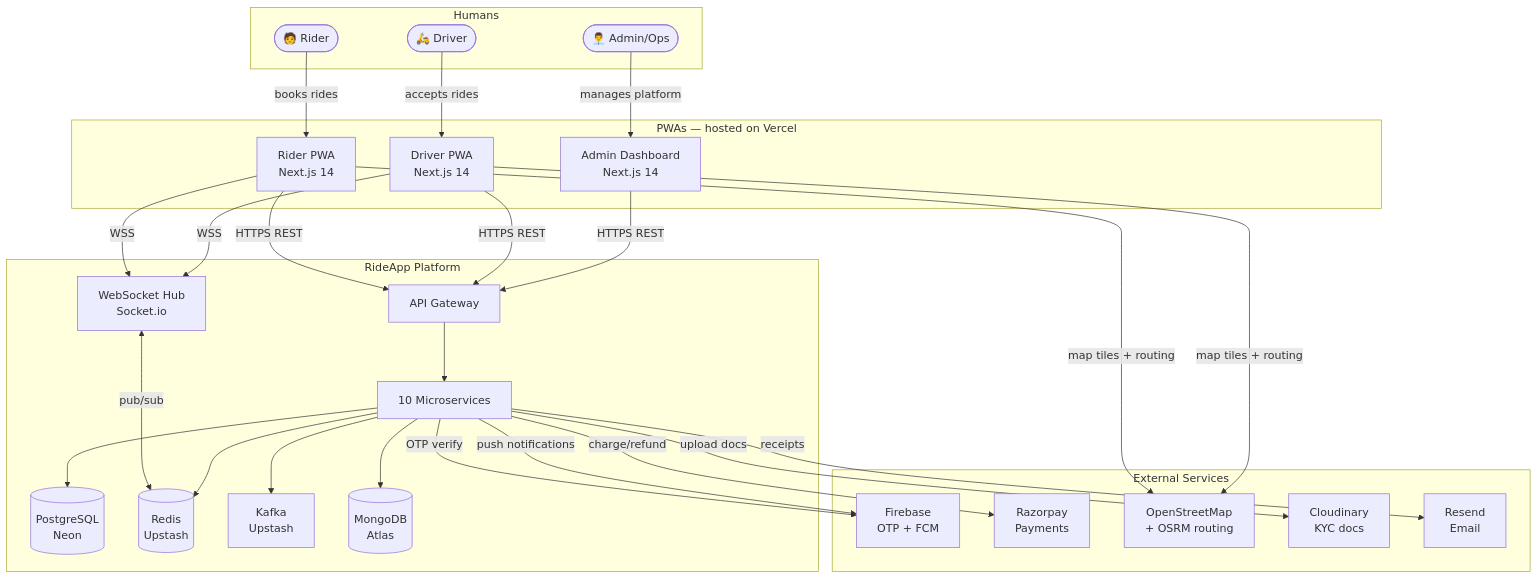
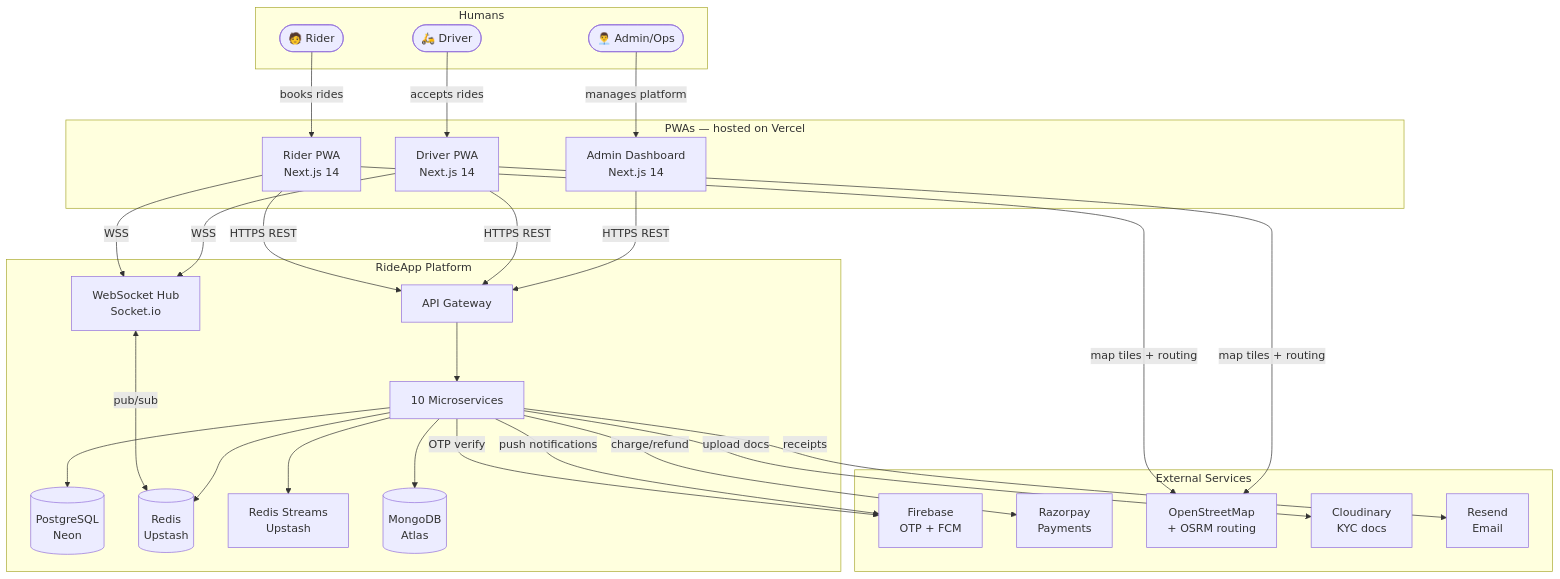
The first of 12 diagrams in ARCHITECTURE.md (abhishekc98/ride-sharing-app), drawn with Mermaid before and after one commit. The commit also changed other lines of this file and 6 other files, not shown here.

````diff
--- a/ARCHITECTURE.md
+++ b/ARCHITECTURE.md
@@ -30,50 +30,50 @@
 ```mermaid
 flowchart TB
     subgraph Humans
         R([🧑 Rider])
         D([🛵 Driver])
         A([👨‍💼 Admin/Ops])
     end
 
     subgraph PWAs["PWAs — hosted on Vercel"]
         RW[Rider PWA\nNext.js 14]
         DW[Driver PWA\nNext.js 14]
         AW[Admin Dashboard\nNext.js 14]
     end
 
     subgraph Platform["RideApp Platform"]
         GW[API Gateway]
         WS[WebSocket Hub\nSocket.io]
         SVC[10 Microservices]
         DB[(PostgreSQL\nNeon)]
         RD[(Redis\nUpstash)]
-        MQ[Kafka\nUpstash]
+        MQ[Redis Streams\nUpstash]
         MDB[(MongoDB\nAtlas)]
     end
 
     subgraph External["External Services"]
         FB[Firebase\nOTP + FCM]
         RP[Razorpay\nPayments]
         OSM[OpenStreetMap\n+ OSRM routing]
         CL[Cloudinary\nKYC docs]
         RS[Resend\nEmail]
     end
 
     R -->|books rides| RW
     D -->|accepts rides| DW
     A -->|manages platform| AW
 
     RW & DW & AW -->|HTTPS REST| GW
     RW & DW -->|WSS| WS
 
     GW --> SVC
     WS <-->|pub/sub| RD
     SVC --> DB & RD & MDB & MQ
 
     SVC -->|OTP verify| FB
     SVC -->|push notifications| FB
     SVC -->|charge/refund| RP
     RW & DW -->|map tiles + routing| OSM
     SVC -->|upload docs| CL
     SVC -->|receipts| RS
 ```
````
